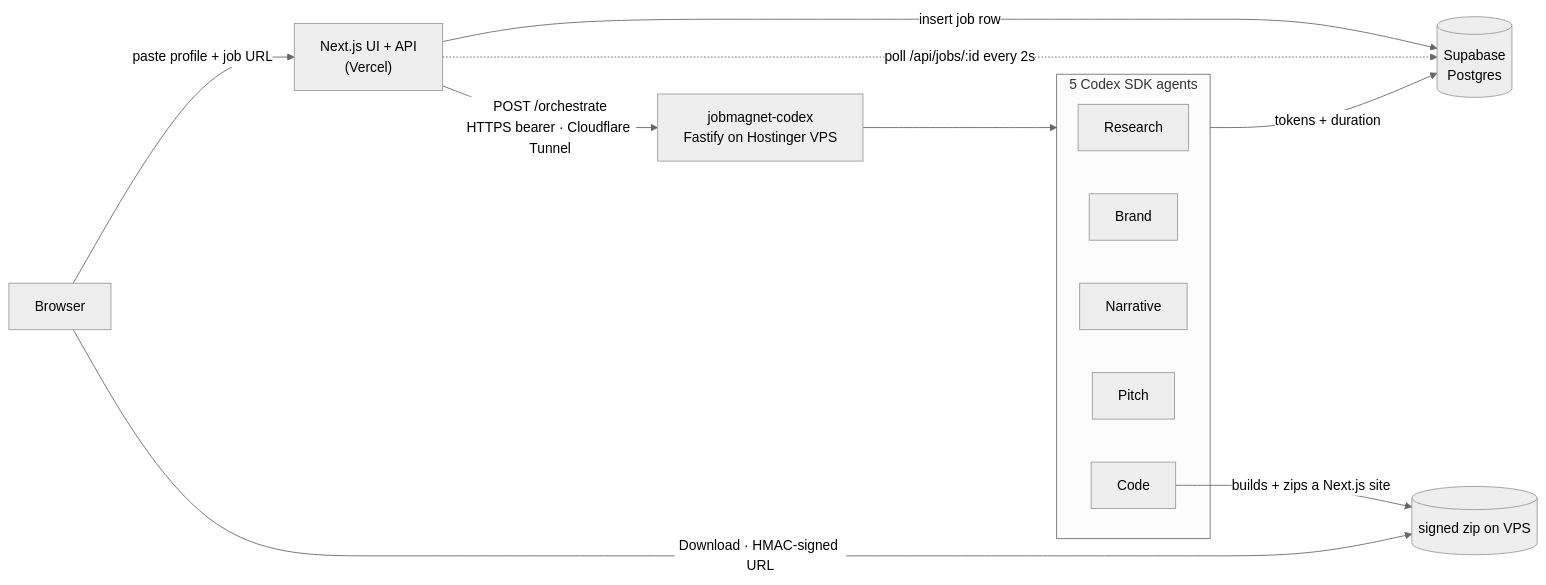
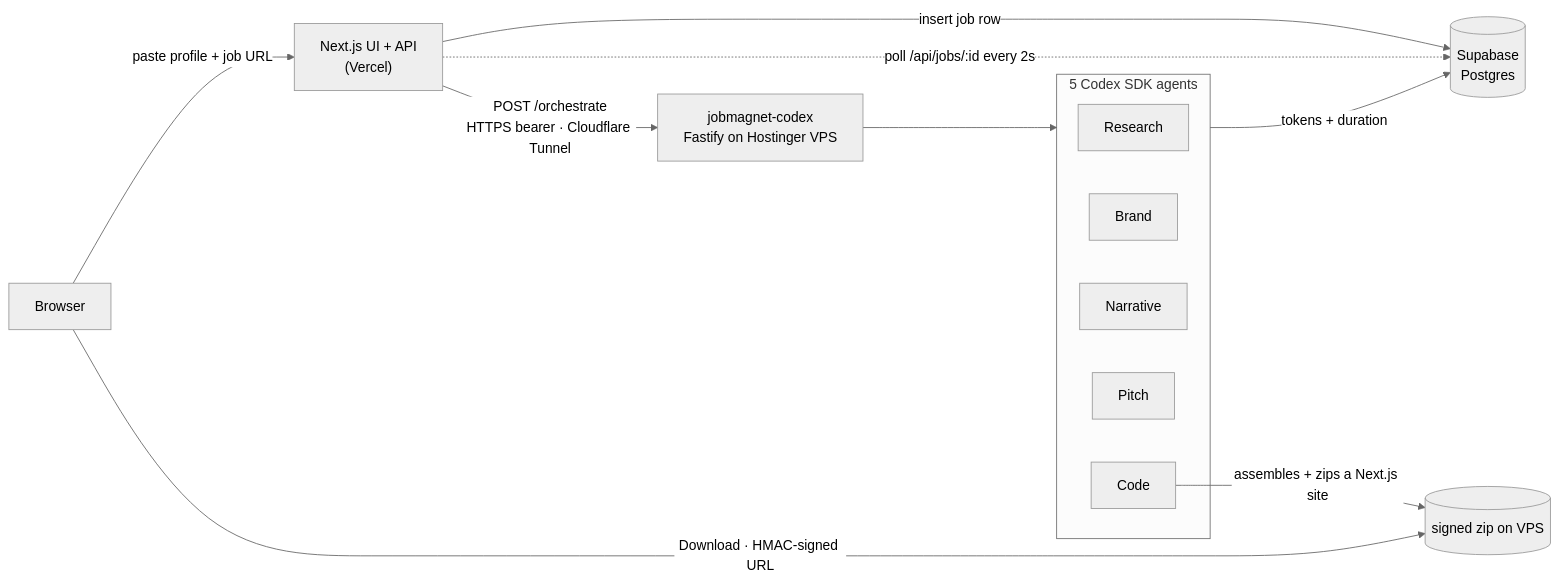
One commit to aksheyw/jobmagnet-app changed the diagram in README.md. Above: the diagram before and after it, drawn with Mermaid (neutral theme). The commit also changed other lines of this file and 1 other file, not shown here.

Commit message:
fix: remove dead magic-link code; README builds to assembles

````diff
--- a/README.md
+++ b/README.md
@@ -53,18 +53,18 @@
 ```mermaid
 flowchart LR
     U["Browser"] -->|"paste profile + job URL"| A["Next.js UI + API<br/>(Vercel)"]
     A -->|"insert job row"| S[("Supabase<br/>Postgres")]
     A -->|"POST /orchestrate<br/>HTTPS bearer · Cloudflare Tunnel"| V["jobmagnet-codex<br/>Fastify on Hostinger VPS"]
     subgraph Agents["5 Codex SDK agents"]
       R["Research"]
       B["Brand"]
       N["Narrative"]
       P["Pitch"]
       C["Code"]
     end
     V --> Agents
     Agents -->|"tokens + duration"| S
-    C -->|"builds + zips a Next.js site"| Z[("signed zip on VPS")]
+    C -->|"assembles + zips a Next.js site"| Z[("signed zip on VPS")]
     A -.->|"poll /api/jobs/:id every 2s"| S
     U -->|"Download · HMAC-signed URL"| Z
 ```
````
